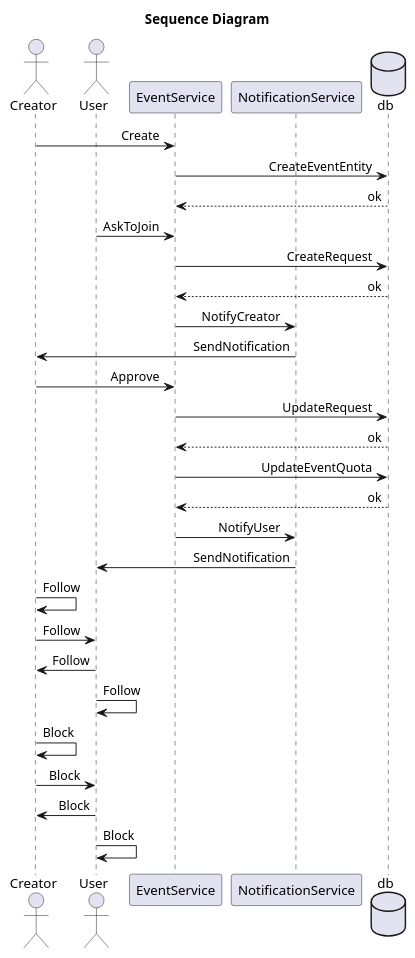
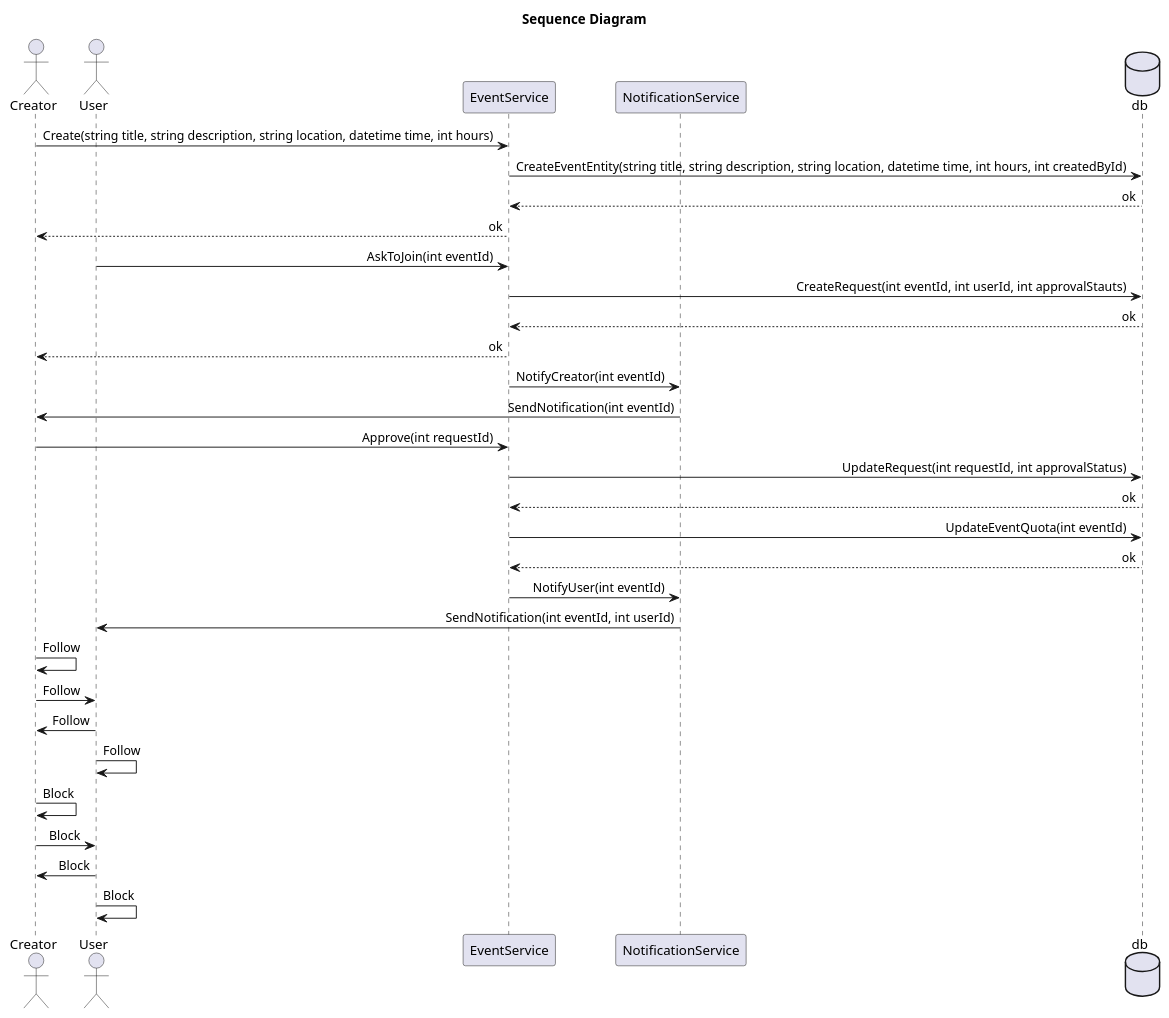
Before and after one commit to ecesari/software-development-practice: the diagram in diagrams/sequence-diagram.puml, drawn with PlantUML. The commit also changed 1 other file, not shown here.

Commit message:
updated sequence diagram

```diff
--- a/diagrams/sequence-diagram.puml
+++ b/diagrams/sequence-diagram.puml
@@ -1,38 +1,40 @@
 @startuml Sequence
 skinparam sequenceMessageAlign right
 title "Sequence Diagram"
 actor Creator
 actor User
 participant EventService
 participant NotificationService
 
 database db
 
-Creator -> EventService : Create
-EventService -> db : CreateEventEntity
+Creator -> EventService : Create(string title, string description, string location, datetime time, int hours)
+EventService -> db : CreateEventEntity(string title, string description, string location, datetime time, int hours, int createdById)
 db --> EventService : ok
-User -> EventService : AskToJoin
-EventService -> db : CreateRequest
+EventService --> Creator : ok
+User -> EventService : AskToJoin(int eventId)
+EventService -> db : CreateRequest(int eventId, int userId, int approvalStauts)
 db --> EventService : ok
-EventService -> NotificationService : NotifyCreator
-NotificationService -> Creator: SendNotification
+EventService --> Creator : ok
+EventService -> NotificationService : NotifyCreator(int eventId)
+NotificationService -> Creator: SendNotification(int eventId)
 
-Creator -> EventService : Approve
-EventService -> db : UpdateRequest
+Creator -> EventService : Approve(int requestId)
+EventService -> db : UpdateRequest(int requestId, int approvalStatus)
 db --> EventService : ok
-EventService -> db : UpdateEventQuota
+EventService -> db : UpdateEventQuota(int eventId)
 db --> EventService : ok
-EventService -> NotificationService : NotifyUser
-NotificationService -> User: SendNotification
+EventService -> NotificationService : NotifyUser(int eventId)
+NotificationService -> User: SendNotification(int eventId, int userId)
 
 
 Creator -> Creator : Follow
 Creator -> User : Follow
 User -> Creator : Follow
 User -> User : Follow
 
 Creator -> Creator : Block
 Creator -> User : Block
 User -> Creator : Block
 User -> User : Block
 @enduml
```
